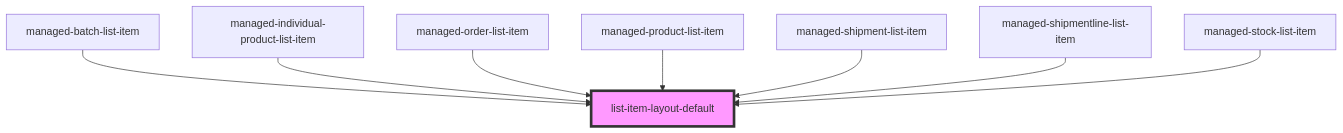
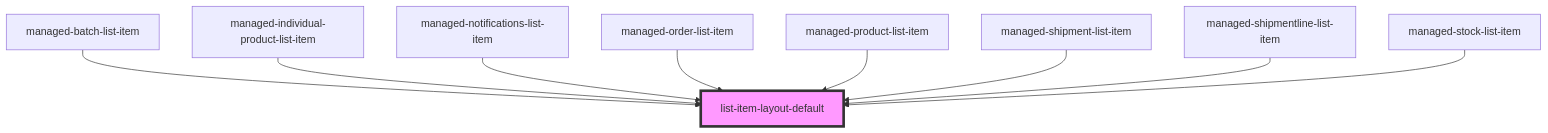
The diagram in pdm-web-components/src/components/list-item-layout-default/readme.md (PharmaLedger-IMI/fgt-workspace), drawn with Mermaid before and after one commit. The commit also changed other lines of this file and 3 other files, not shown here.

Commit message:
refs #51 managed notification now implements new layout

````diff
--- a/pdm-web-components/src/components/list-item-layout-default/readme.md
+++ b/pdm-web-components/src/components/list-item-layout-default/readme.md
@@ -32,11 +33,12 @@
 ```mermaid
 graph TD;
   managed-batch-list-item --> list-item-layout-default
   managed-individual-product-list-item --> list-item-layout-default
+  managed-notifications-list-item --> list-item-layout-default
   managed-order-list-item --> list-item-layout-default
   managed-product-list-item --> list-item-layout-default
   managed-shipment-list-item --> list-item-layout-default
   managed-shipmentline-list-item --> list-item-layout-default
   managed-stock-list-item --> list-item-layout-default
   style list-item-layout-default fill:#f9f,stroke:#333,stroke-width:4px
 ```
````
